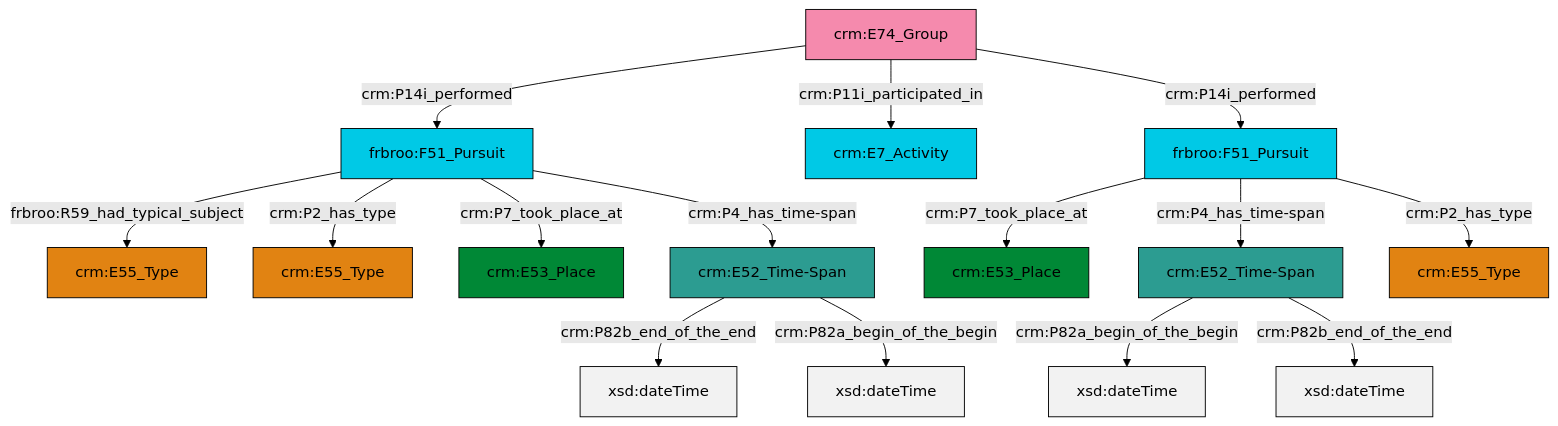
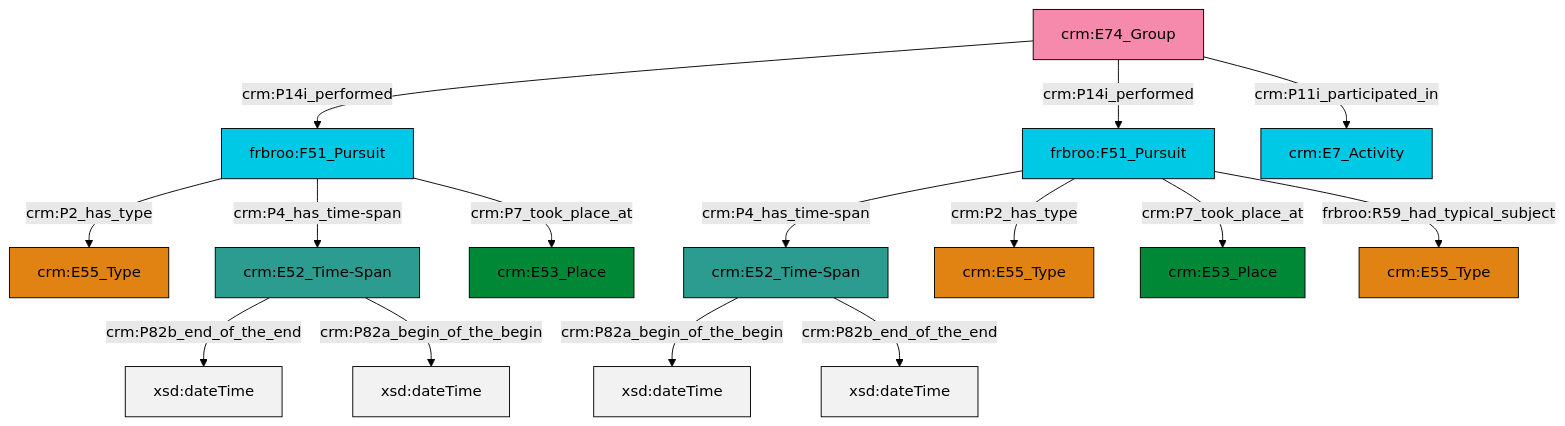
The diagram in et/groupCSV/ttl/mmd/group_events.ttl.mmd (swiss-art-research-net/reference-data-models), drawn with Mermaid (forest theme) before and after one commit. The commit also changed 130 other files, not shown here.

```diff
--- a/et/groupCSV/ttl/mmd/group_events.ttl.mmd
+++ b/et/groupCSV/ttl/mmd/group_events.ttl.mmd
@@ -1,29 +1,29 @@
 graph TD
 classDef Literal fill:#f2f2f2,stroke:#000000;
 classDef CRM_Entity fill:#FFFFFF,stroke:#000000;
 classDef Temporal_Entity fill:#00C9E6, stroke:#000000;
 classDef Type fill:#E18312, stroke:#000000;
 classDef Time-Span fill:#2C9C91, stroke:#000000;
 classDef Appellation fill:#FFEB7F, stroke:#000000;
 classDef Place fill:#008836, stroke:#000000;
 classDef Persistent_Item fill:#B266B2, stroke:#000000;
 classDef Conceptual_Object fill:#FFD700, stroke:#000000;
 classDef Physical_Thing fill:#D2B48C, stroke:#000000;
 classDef Actor fill:#f58aad, stroke:#000000;
 classDef PC_Classes fill:#4ce600, stroke:#000000;
 classDef Multi fill:#cccccc,stroke:#000000;
 
-14["frbroo:F51_Pursuit"]:::Temporal_Entity -->|crm:P7_took_place_at| 8["crm:E53_Place"]:::Place
-15["frbroo:F51_Pursuit"]:::Temporal_Entity -->|frbroo:R59_had_typical_subject| 0["crm:E55_Type"]:::Type
-14["frbroo:F51_Pursuit"]:::Temporal_Entity -->|crm:P4_has_time-span| 2["crm:E52_Time-Span"]:::Time-Span
-2["crm:E52_Time-Span"]:::Time-Span -->|crm:P82a_begin_of_the_begin| 18[xsd:dateTime]:::Literal
-19["crm:E74_Group"]:::Actor -->|crm:P14i_performed| 15["frbroo:F51_Pursuit"]:::Temporal_Entity
-15["frbroo:F51_Pursuit"]:::Temporal_Entity -->|crm:P2_has_type| 10["crm:E55_Type"]:::Type
-2["crm:E52_Time-Span"]:::Time-Span -->|crm:P82b_end_of_the_end| 20[xsd:dateTime]:::Literal
-19["crm:E74_Group"]:::Actor -->|crm:P11i_participated_in| 16["crm:E7_Activity"]:::Temporal_Entity
-4["crm:E52_Time-Span"]:::Time-Span -->|crm:P82b_end_of_the_end| 22[xsd:dateTime]:::Literal
-15["frbroo:F51_Pursuit"]:::Temporal_Entity -->|crm:P7_took_place_at| 12["crm:E53_Place"]:::Place
-19["crm:E74_Group"]:::Actor -->|crm:P14i_performed| 14["frbroo:F51_Pursuit"]:::Temporal_Entity
-4["crm:E52_Time-Span"]:::Time-Span -->|crm:P82a_begin_of_the_begin| 25[xsd:dateTime]:::Literal
-15["frbroo:F51_Pursuit"]:::Temporal_Entity -->|crm:P4_has_time-span| 4["crm:E52_Time-Span"]:::Time-Span
-14["frbroo:F51_Pursuit"]:::Temporal_Entity -->|crm:P2_has_type| 6["crm:E55_Type"]:::Type
+2["crm:E52_Time-Span"]:::Time-Span -->|crm:P82b_end_of_the_end| 3[xsd:dateTime]:::Literal
+0["crm:E52_Time-Span"]:::Time-Span -->|crm:P82a_begin_of_the_begin| 8[xsd:dateTime]:::Literal
+0["crm:E52_Time-Span"]:::Time-Span -->|crm:P82b_end_of_the_end| 13[xsd:dateTime]:::Literal
+17["frbroo:F51_Pursuit"]:::Temporal_Entity -->|crm:P2_has_type| 18["crm:E55_Type"]:::Type
+17["frbroo:F51_Pursuit"]:::Temporal_Entity -->|crm:P4_has_time-span| 2["crm:E52_Time-Span"]:::Time-Span
+6["frbroo:F51_Pursuit"]:::Temporal_Entity -->|crm:P4_has_time-span| 0["crm:E52_Time-Span"]:::Time-Span
+6["frbroo:F51_Pursuit"]:::Temporal_Entity -->|crm:P2_has_type| 15["crm:E55_Type"]:::Type
+6["frbroo:F51_Pursuit"]:::Temporal_Entity -->|crm:P7_took_place_at| 22["crm:E53_Place"]:::Place
+6["frbroo:F51_Pursuit"]:::Temporal_Entity -->|frbroo:R59_had_typical_subject| 4["crm:E55_Type"]:::Type
+11["crm:E74_Group"]:::Actor -->|crm:P14i_performed| 17["frbroo:F51_Pursuit"]:::Temporal_Entity
+17["frbroo:F51_Pursuit"]:::Temporal_Entity -->|crm:P7_took_place_at| 19["crm:E53_Place"]:::Place
+11["crm:E74_Group"]:::Actor -->|crm:P14i_performed| 6["frbroo:F51_Pursuit"]:::Temporal_Entity
+11["crm:E74_Group"]:::Actor -->|crm:P11i_participated_in| 9["crm:E7_Activity"]:::Temporal_Entity
+2["crm:E52_Time-Span"]:::Time-Span -->|crm:P82a_begin_of_the_begin| 27[xsd:dateTime]:::Literal
```
